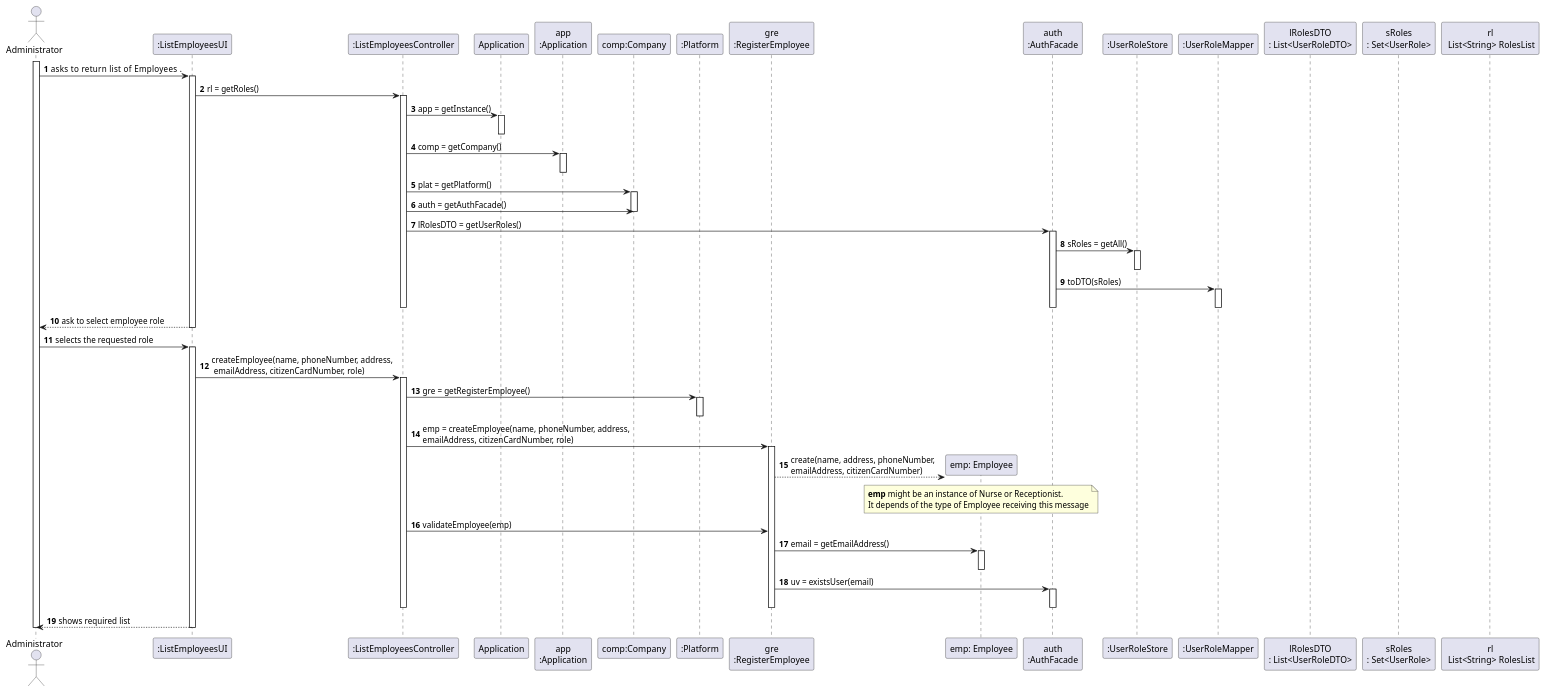
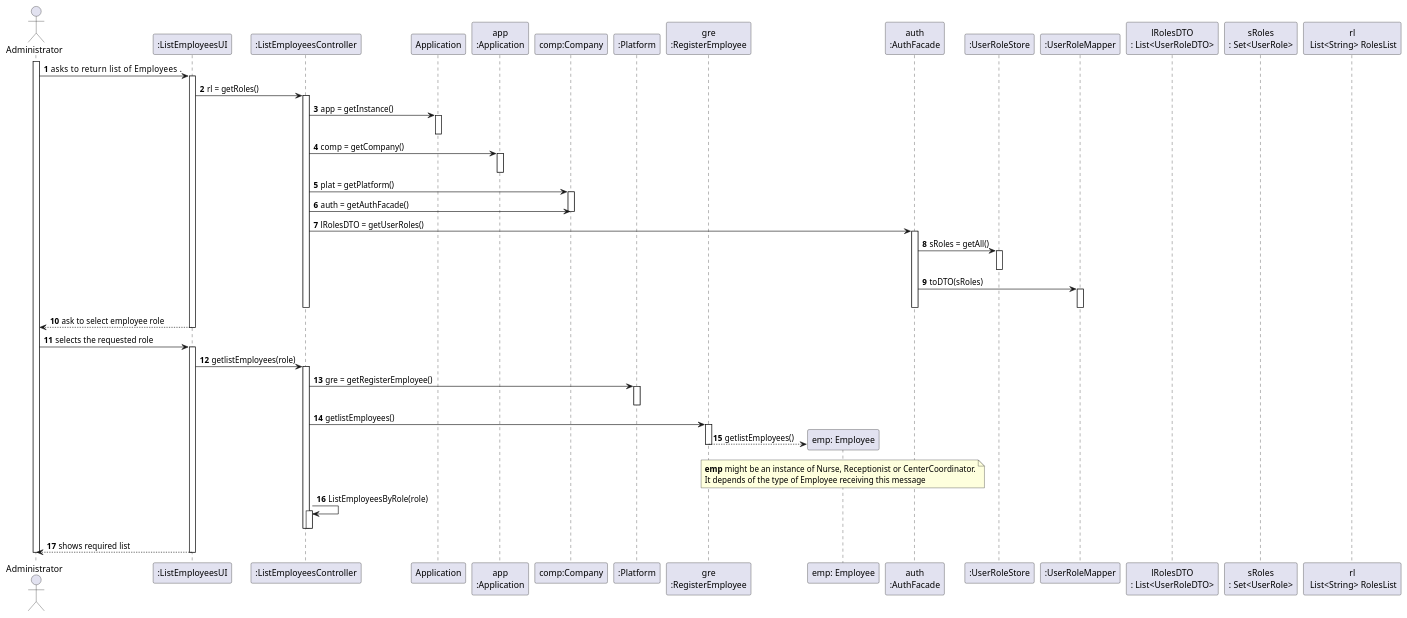
Before and after one commit to diogonapoles/isep-lapr2: the diagram in docs/SprintB/UserStories/US11/US11_SD.puml, drawn with PlantUML. The commit also changed 1 other file, not shown here.

```diff
--- a/docs/SprintB/UserStories/US11/US11_SD.puml
+++ b/docs/SprintB/UserStories/US11/US11_SD.puml
@@ -1,102 +1,103 @@
 @startuml
 autonumber
 actor "Administrator" as ADM
 
 
+participant ":ListEmployeesUI" as UI
+participant ":ListEmployeesController" as CTRL
 participant ":ListEmployeesUI" as UI
 participant ":ListEmployeesController" as CTRL
 participant "Application" as APP
 participant "app\n:Application" as App
 participant "comp:Company" as COMP
 participant ":Platform" as PLAT
 participant "gre\n:RegisterEmployee" as RE
 participant "emp: Employee" as EMP
 participant "auth\n:AuthFacade" as AF
 participant ":UserRoleStore" as URS
 participant ":UserRoleMapper" as URM
 participant "lRolesDTO\n: List<UserRoleDTO>" as lRDTO
 participant "sRoles\n: Set<UserRole>" as SR
 participant "rl\n List<String> RolesList" as rl
 
 
 activate ADM
 
 ADM -> UI : asks to return list of Employees     .
 activate UI
 
 UI -> CTRL : rl = getRoles()
 activate CTRL
 
 CTRL -> APP : app = getInstance()
 activate APP
 deactivate APP
 
 CTRL -> App : comp = getCompany()
 activate App
 deactivate App
 
 CTRL -> COMP : plat = getPlatform()
 activate COMP
 
 CTRL -> COMP: auth = getAuthFacade()
 deactivate COMP
 
 CTRL -> AF : lRolesDTO = getUserRoles()
 activate AF
 
 AF -> URS : sRoles = getAll()
 activate URS
 deactivate URS
 
 AF -> URM :  toDTO(sRoles)
 activate URM
 
 deactivate URM
 deactivate AF
 deactivate CTRL
 
 UI --> ADM : ask to select employee role
 deactivate UI
 
 
 
 ADM -> UI : selects the requested role
 activate UI
 
 
 
-UI -> CTRL :createEmployee(name, phoneNumber, address,\n emailAddress, citizenCardNumber, role)
+UI -> CTRL : getlistEmployees(role)
 activate CTRL
 
 CTRL -> PLAT : gre = getRegisterEmployee()
 activate PLAT
 deactivate PLAT
 
-CTRL -> RE : emp = createEmployee(name, phoneNumber, address,\nemailAddress, citizenCardNumber, role)
+CTRL -> RE : getlistEmployees()
 activate RE
 
-RE --> EMP** : create(name, address, phoneNumber,\nemailAddress, citizenCardNumber)
 
-note over EMP : **emp** might be an instance of Nurse or Receptionist.\nIt depends of the type of Employee receiving this message
+RE --> EMP** : getlistEmployees()
+note over EMP : **emp** might be an instance of Nurse, Receptionist or CenterCoordinator.\nIt depends of the type of Employee receiving this message
+
+deactivate RE
+CTRL -> CTRL : ListEmployeesByRole(role)
+activate CTRL
+Deactivate CTRL
 
 
-CTRL -> RE : validateEmployee(emp)
 
-RE -> EMP : email = getEmailAddress()
-activate EMP
-deactivate EMP
 
-RE -> AF : uv = existsUser(email)
-activate AF
-deactivate AF
+
 deactivate CTRL
 deactivate RE
 
 UI --> ADM : shows required list
 deactivate UI
 
 
 
 deactivate ADM
 
 @enduml
```
